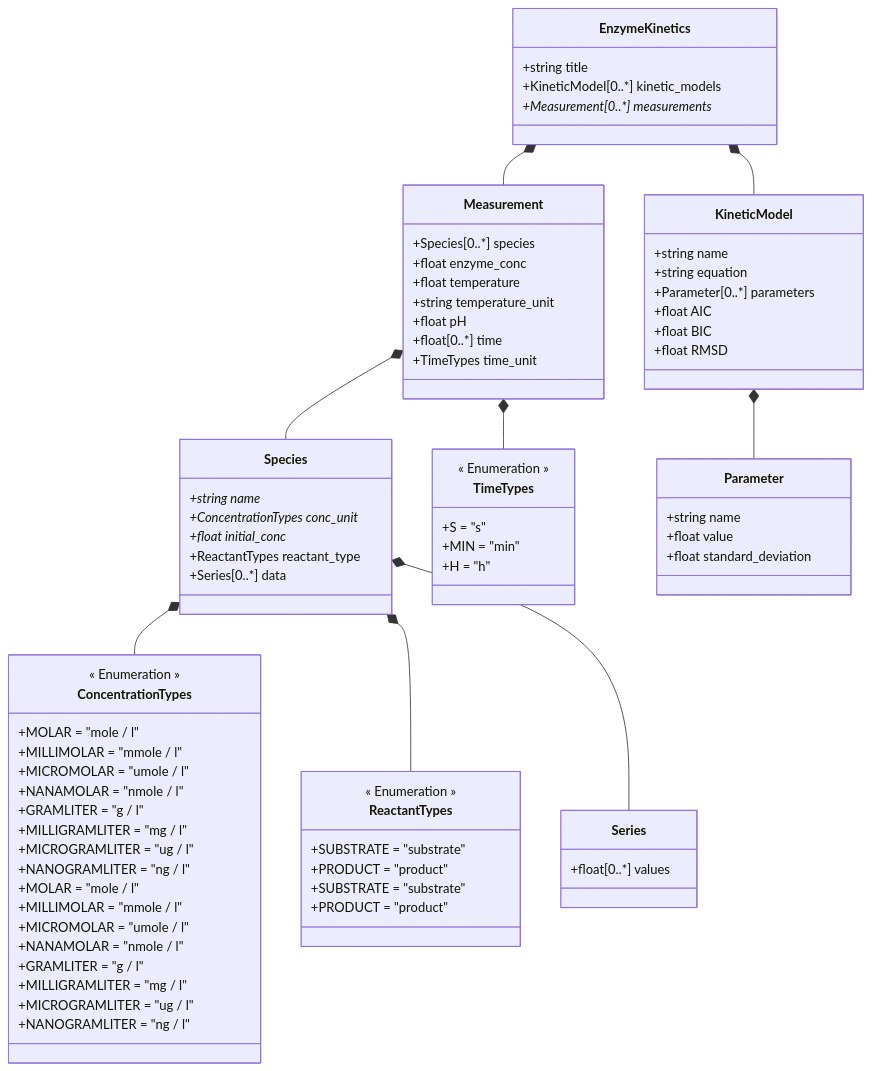
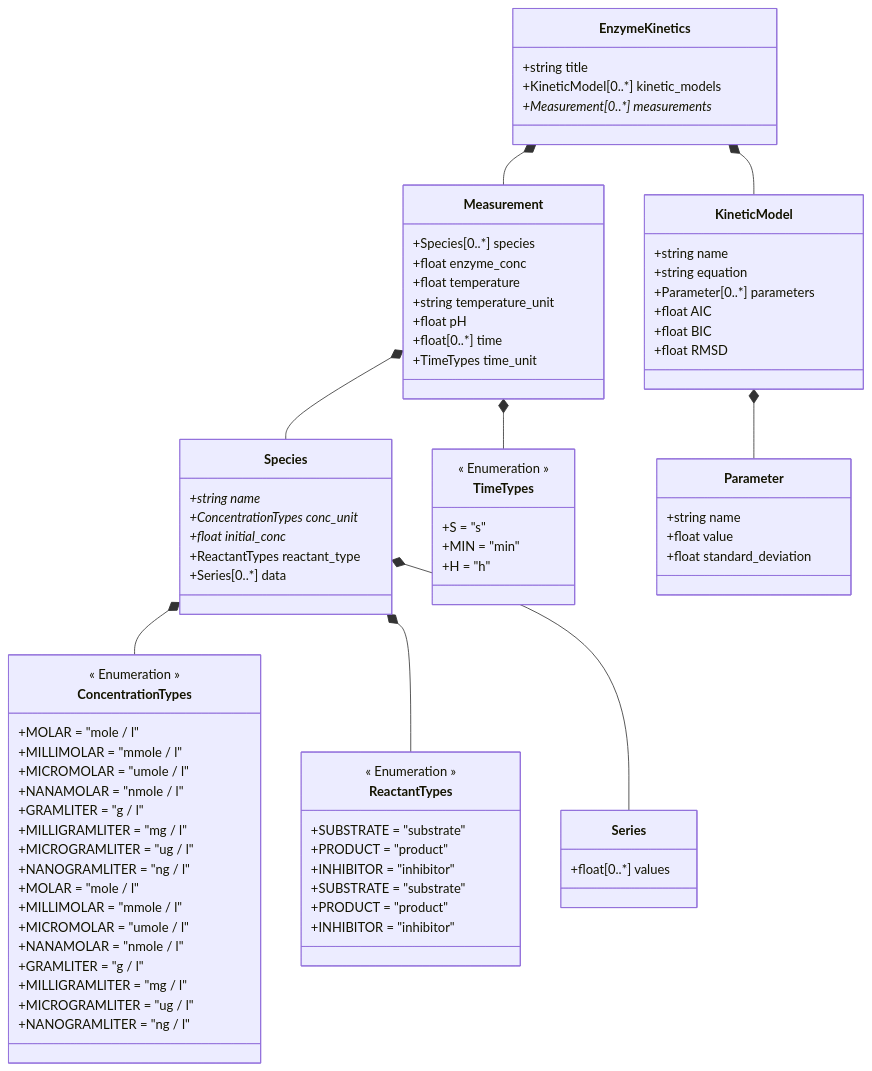
One commit to FAIRChemistry/EnzymePynetics changed the diagram in EnzymePynetics/schemes/EnzymePynetics data model.md. Above: the diagram before and after it, drawn with Mermaid. The commit also changed 7 other files, not shown here.

```diff
--- a/EnzymePynetics/schemes/EnzymePynetics data model.md
+++ b/EnzymePynetics/schemes/EnzymePynetics data model.md
@@ -56,12 +56,14 @@
         << Enumeration >>
         +SUBSTRATE = "substrate"
         +PRODUCT = "product"
+        +INHIBITOR = "inhibitor"
     }
     
     class ReactantTypes {
         << Enumeration >>
         +SUBSTRATE = "substrate"
         +PRODUCT = "product"
+        +INHIBITOR = "inhibitor"
     }
     
     class ConcentrationTypes {
```
